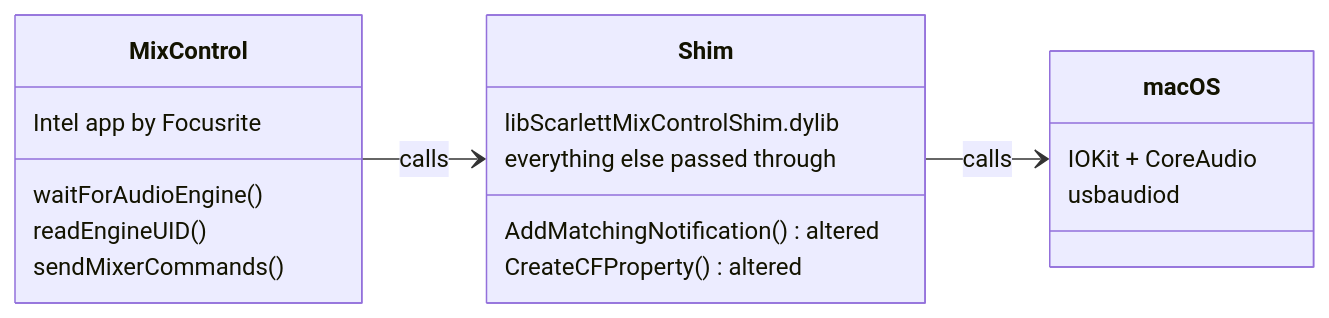
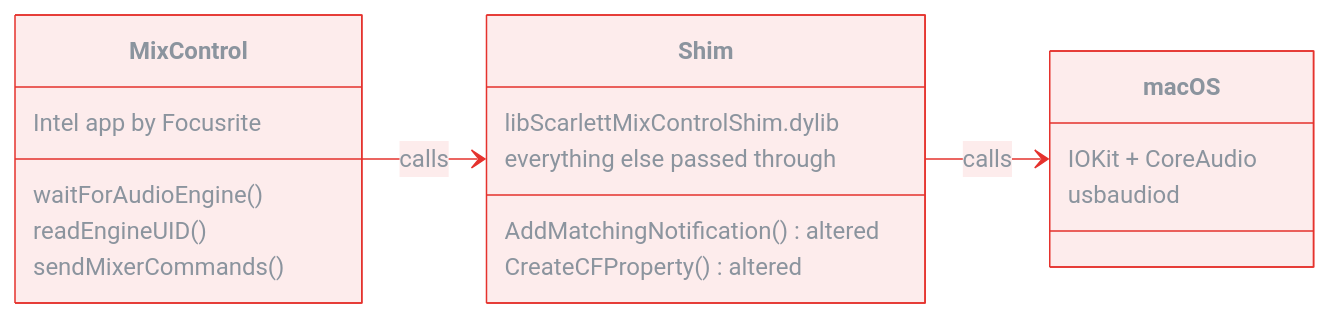
One commit to jcksnvllxr80/scarlett-gen1-macos-fix changed the first of 2 diagrams in README.md. Above: the diagram before and after it, drawn with Mermaid. The commit also changed other lines of this file, not shown here.

Commit message:
README: color diagram lines Scarlett red for light and dark mode

````diff
--- a/README.md
+++ b/README.md
@@ -63,22 +63,23 @@
 ```mermaid
+%%{init: {"theme": "base", "themeVariables": {"lineColor": "#E5322D", "signalColor": "#E5322D", "actorLineColor": "#8B949E", "signalTextColor": "#8B949E", "textColor": "#8B949E", "primaryColor": "#FDECEC", "primaryBorderColor": "#E5322D", "primaryTextColor": "#1F2328", "edgeLabelBackground": "#FDECEC"}}}%%
 classDiagram
     direction LR
     class MixControl {
         Intel app by Focusrite
         waitForAudioEngine()
         readEngineUID()
         sendMixerCommands()
     }
     class Shim {
         libScarlettMixControlShim.dylib
         AddMatchingNotification() altered
         CreateCFProperty() altered
         everything else passed through
     }
     class macOS {
         IOKit + CoreAudio
         usbaudiod
     }
     MixControl --> Shim : calls
     Shim --> macOS : calls
 ```
````
